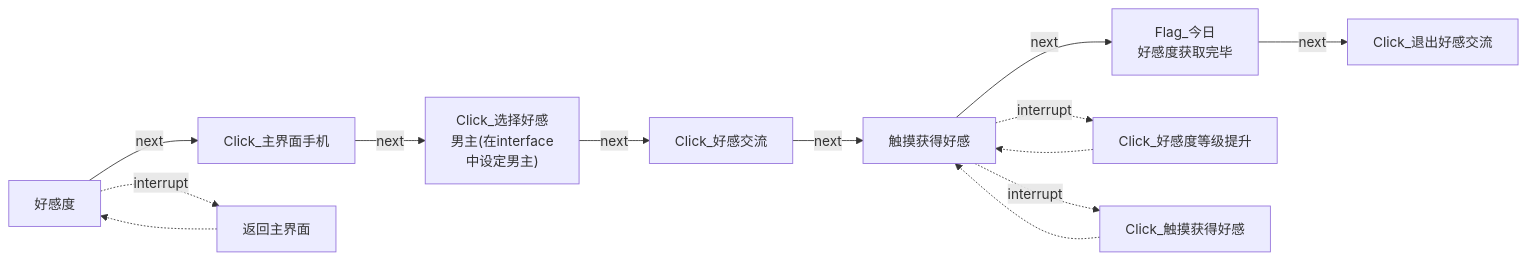
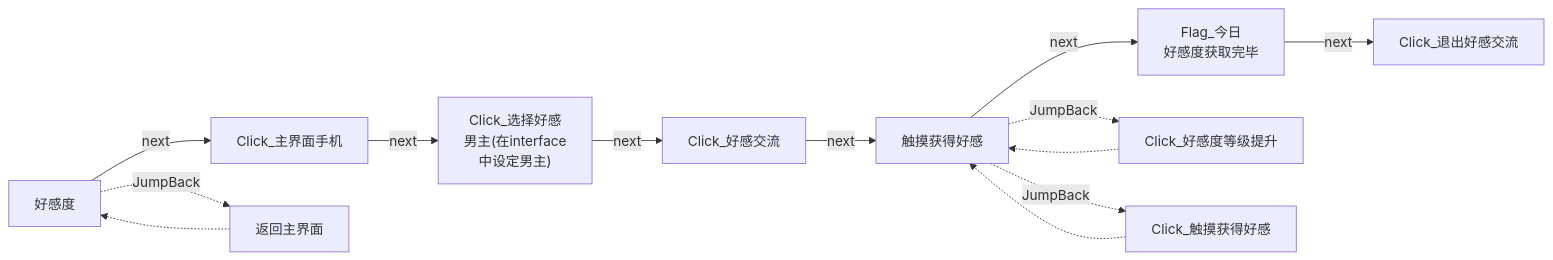
Before and after one commit to Coxwtwo/MaaTOT: diagram 13 of 40 in docs/zh_cn/develop/Pipeline说明.md, drawn with Mermaid. The commit also changed other lines of this file, not shown here.

Commit message:
docs: 完善 Pipeline 说明，新增未名市移动、未名市周任务文档，interrupt→JumpBack(MaaFramework v5.1 起已废弃 interrupt 字段）

````diff
--- a/docs/zh_cn/develop/Pipeline说明.md
+++ b/docs/zh_cn/develop/Pipeline说明.md
@@ -316,15 +316,15 @@
 ```mermaid
 flowchart LR
     n0["好感度"] -->|next| n1["Click_主界面手机"]
-    n0 -.->|interrupt| n2["返回主界面"]
+    n0 -.->|JumpBack| n2["返回主界面"]
     n2 -.-> n0
     n1 -->|next| n3["Click_选择好感<br>男主(在interface<br>中设定男主)"]
     n3 -->|next| n4["Click_好感交流"]
     n4 -->|next| n5["触摸获得好感"]
     n5 -->|next| n6["Flag_今日<br>好感度获取完毕"]
-    n5 -.->|interrupt| n7["Click_好感度等级提升"]
+    n5 -.->|JumpBack| n7["Click_好感度等级提升"]
     n7 -.-> n5
-    n5 -.->|interrupt| n8["Click_触摸获得好感"]
+    n5 -.->|JumpBack| n8["Click_触摸获得好感"]
     n8 -.-> n5
     n6 -->|next| n9["Click_退出好感交流"]
 ```
````
